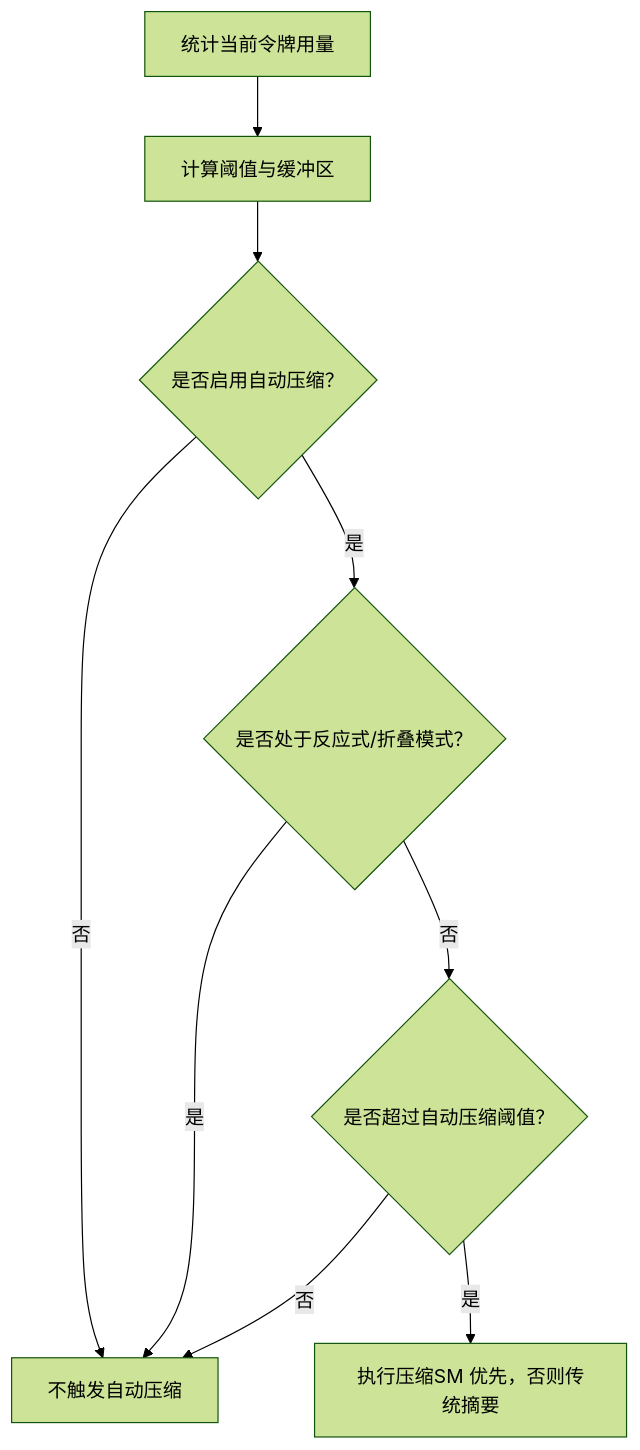
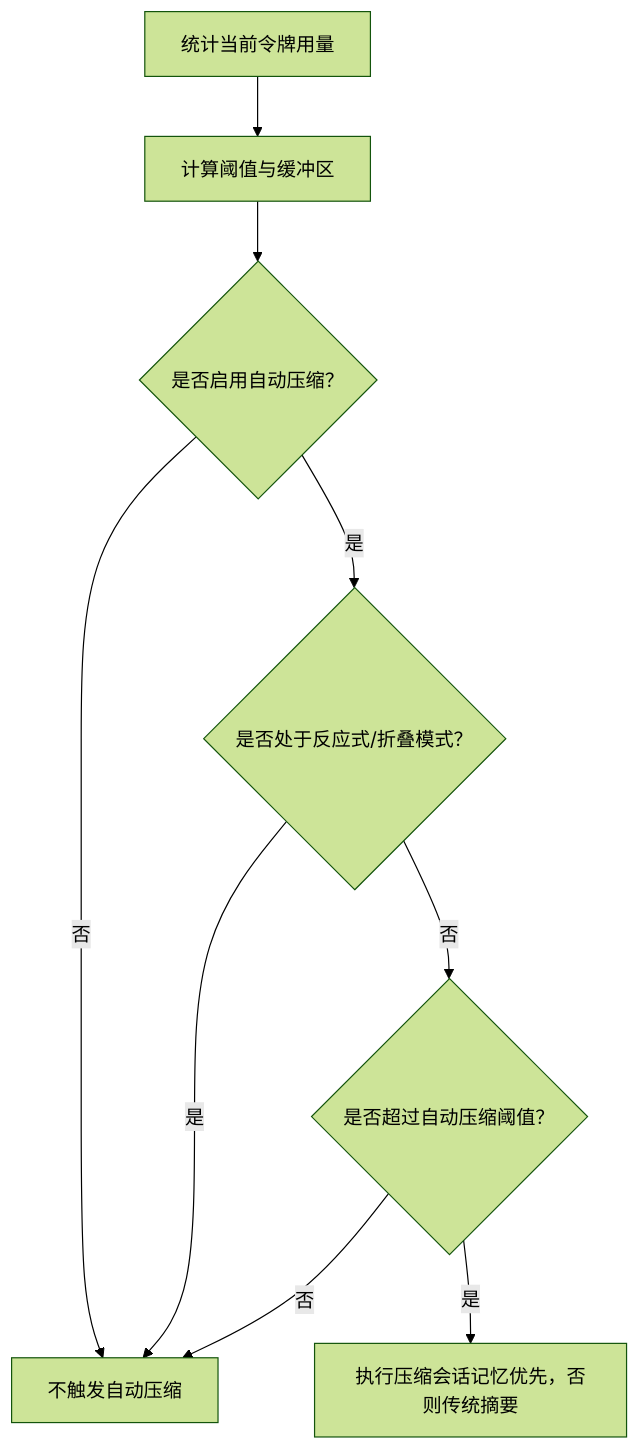
Before and after one commit to yuanliu147/claude-code: the fourth of 8 diagrams in .qoder/repowiki/zh/content/上下文管理系统/上下文管理系统.md, drawn with Mermaid (forest theme). The commit also changed other lines of this file and 5 other files, not shown here.

````diff
--- a/.qoder/repowiki/zh/content/上下文管理系统/上下文管理系统.md
+++ b/.qoder/repowiki/zh/content/上下文管理系统/上下文管理系统.md
@@ -211,11 +197,11 @@
 ```mermaid
 flowchart TD
 A["统计当前令牌用量"] --> B["计算阈值与缓冲区"]
 B --> C{"是否启用自动压缩？"}
 C --> |否| D["不触发自动压缩"]
 C --> |是| E{"是否处于反应式/折叠模式？"}
 E --> |是| D
 E --> |否| F{"是否超过自动压缩阈值？"}
 F --> |否| D
-F --> |是| G["执行压缩SM 优先，否则传统摘要"]
+F --> |是| G["执行压缩会话记忆优先，否则传统摘要"]
 ```
````
